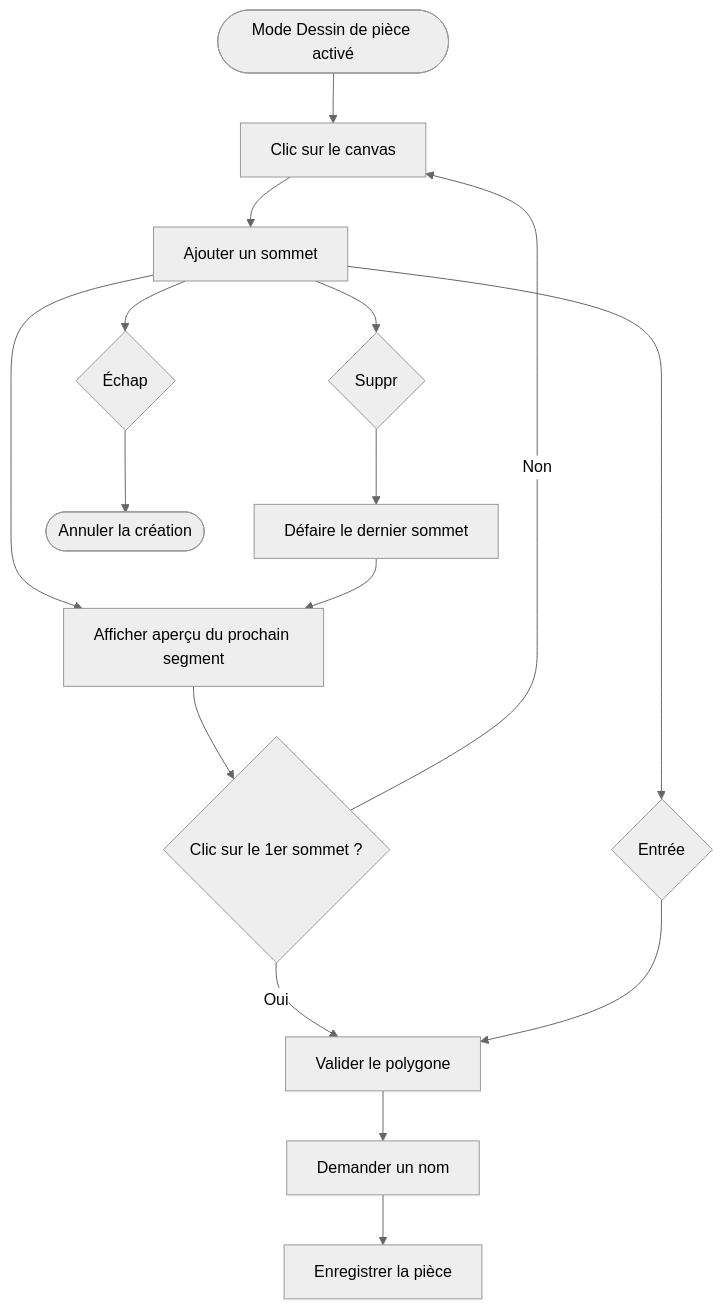
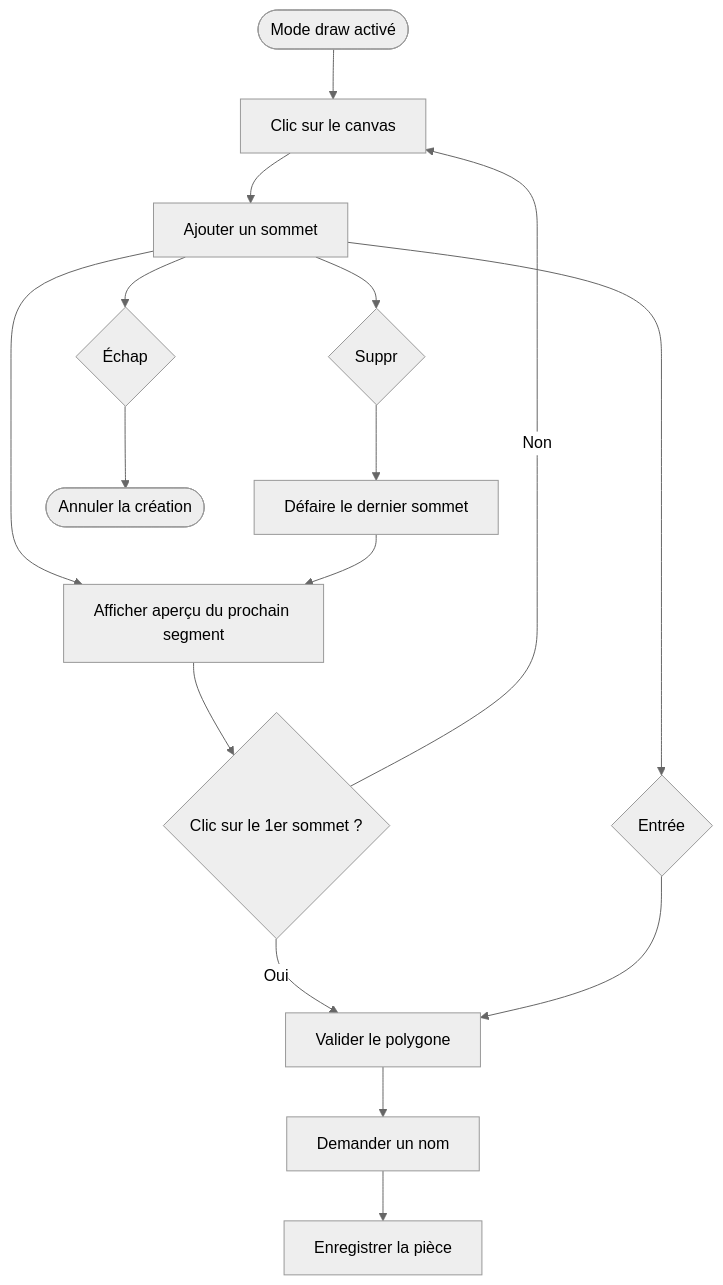
Before and after one commit to Khyonn/calepinage-01: the diagram in docs/features/room-drawing.md, drawn with Mermaid (neutral theme). The commit also changed other lines of this file and 32 other files, not shown here.

````diff
--- a/docs/features/room-drawing.md
+++ b/docs/features/room-drawing.md
@@ -7,21 +7,21 @@
 ```mermaid
 flowchart TD
-    Start([Mode Dessin de pièce activé]) --> Click[Clic sur le canvas]
+    Start([Mode draw activé]) --> Click[Clic sur le canvas]
     Click --> AddVertex[Ajouter un sommet]
     AddVertex --> Preview[Afficher aperçu du prochain segment]
     Preview --> Check{Clic sur le 1er sommet ?}
     Check -- Non --> Click
     Check -- Oui --> Confirm[Valider le polygone]
     Confirm --> Name[Demander un nom]
     Name --> Save[Enregistrer la pièce]
 
     AddVertex --> Del{Suppr}
     Del --> Undo[Défaire le dernier sommet]
     Undo --> Preview
 
     AddVertex --> Esc{Échap}
     Esc --> Cancel([Annuler la création])
 
     AddVertex --> Enter{Entrée}
     Enter --> Confirm
 ```
````
